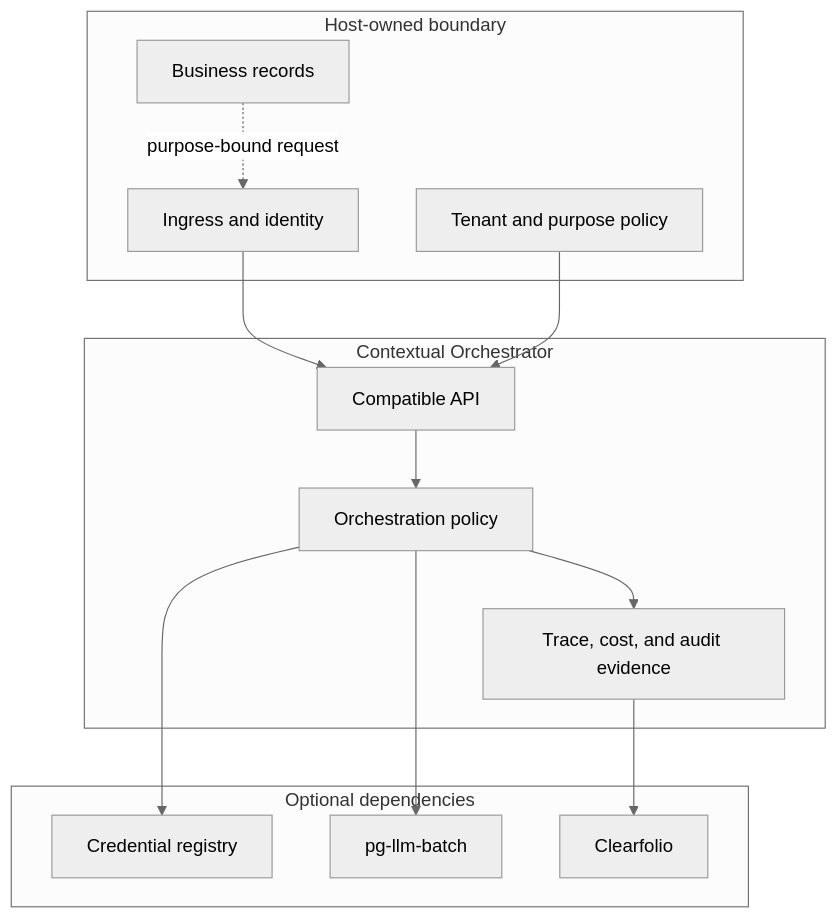
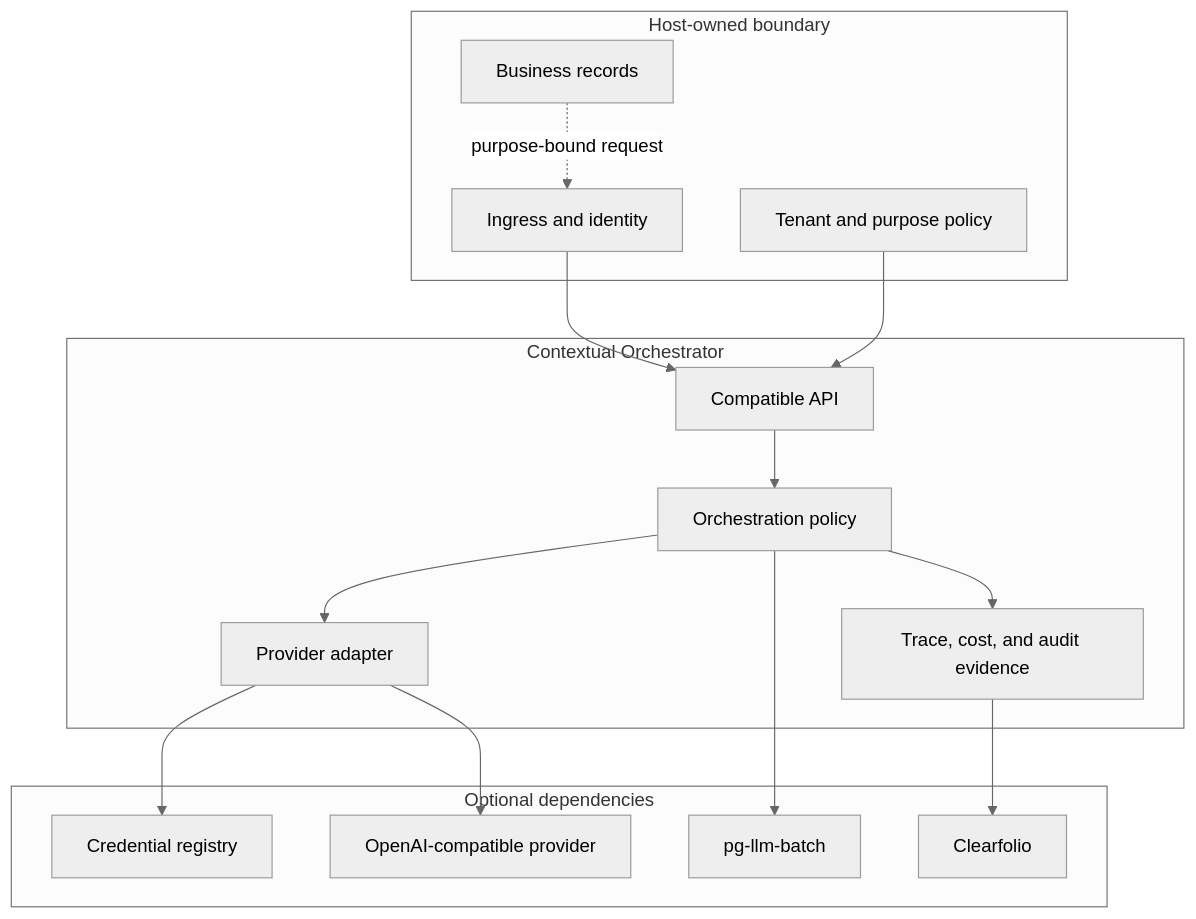
One commit to ContextualWisdomLab/contextual-orchestrator changed the ninth of 10 diagrams in docs/UML.md. Above: the diagram before and after it, drawn with Mermaid (neutral theme). The commit also changed other lines of this file and 12 other files, not shown here.

````diff
--- a/docs/UML.md
+++ b/docs/UML.md
@@ -243,26 +248,30 @@
 ```mermaid
 flowchart TB
     subgraph Host["Host-owned boundary"]
         ingress["Ingress and identity"]
         tenancy["Tenant and purpose policy"]
         business["Business records"]
     end
     subgraph Orchestrator["Contextual Orchestrator"]
         api["Compatible API"]
         policy["Orchestration policy"]
+        provider_adapter["Provider adapter"]
         evidence["Trace, cost, and audit evidence"]
     end
     subgraph Dependencies["Optional dependencies"]
         kv["Credential registry"]
+        provider["OpenAI-compatible provider"]
         batch["pg-llm-batch"]
         viewer["Clearfolio"]
     end
     ingress --> api
     tenancy --> api
     api --> policy
     policy --> evidence
-    policy --> kv
+    policy --> provider_adapter
+    provider_adapter --> kv
+    provider_adapter --> provider
     policy --> batch
     evidence --> viewer
     business -. purpose-bound request .-> ingress
 ```
````
